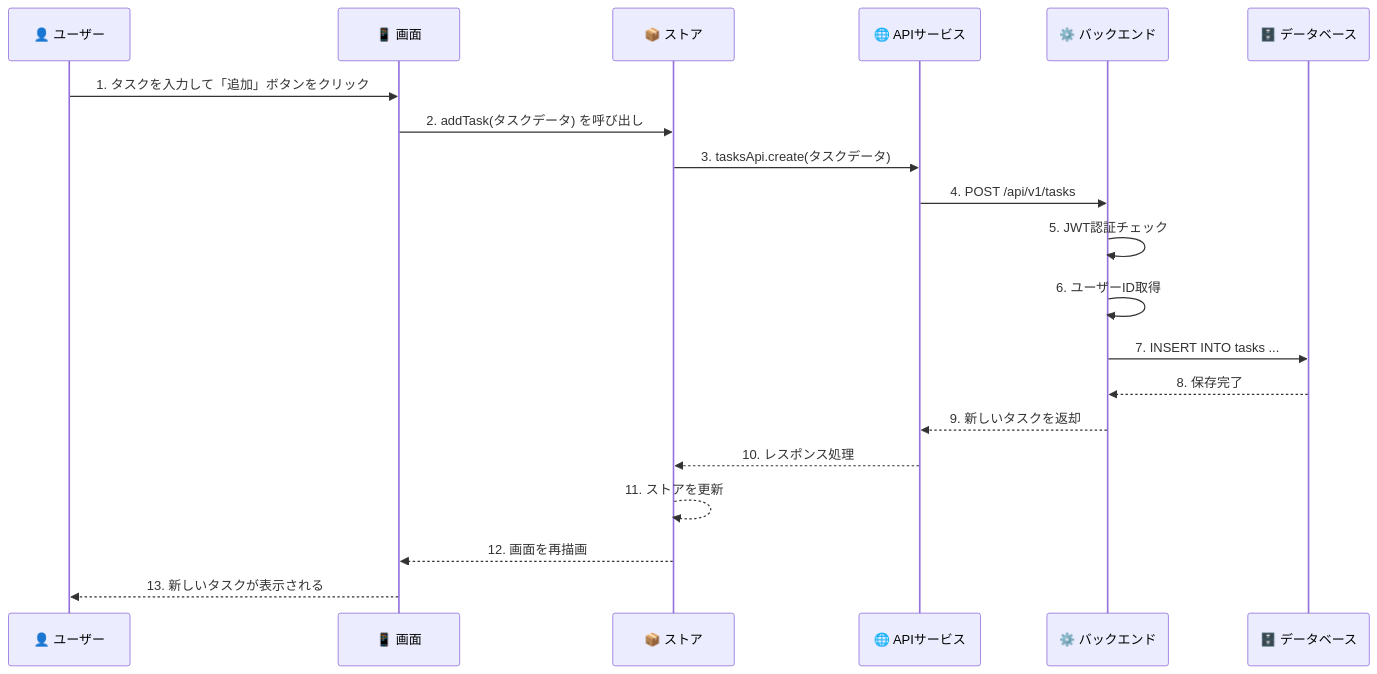
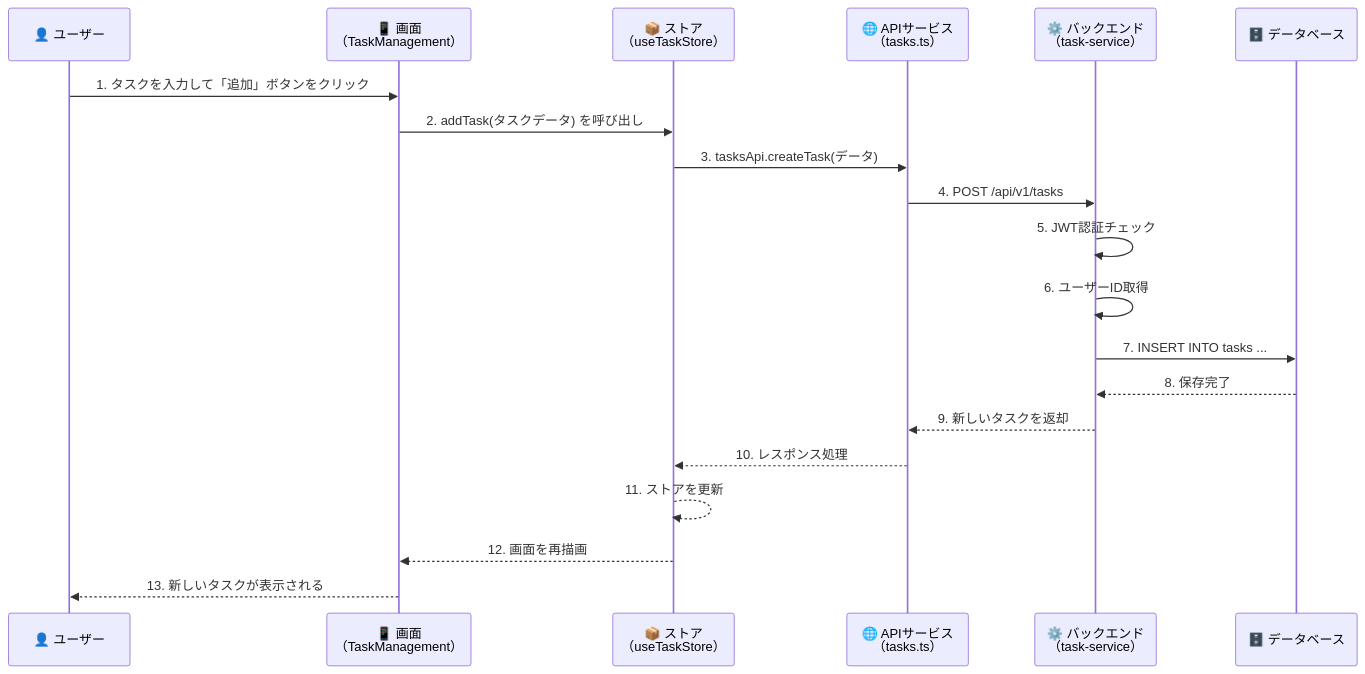
Before and after one commit to yu-min3/kensan: the seventh of 15 diagrams in mydocs/architecture_guide_for_beginners.md, drawn with Mermaid. The commit also changed other lines of this file and 85 other files, not shown here.

````diff
--- a/mydocs/architecture_guide_for_beginners.md
+++ b/mydocs/architecture_guide_for_beginners.md
@@ -277,23 +367,23 @@
 ```mermaid
 sequenceDiagram
     participant U as 👤 ユーザー
-    participant P as 📱 画面
-    participant ST as 📦 ストア
-    participant API as 🌐 APIサービス
-    participant BE as ⚙️ バックエンド
+    participant P as 📱 画面<br/>（TaskManagement）
+    participant ST as 📦 ストア<br/>（useTaskStore）
+    participant API as 🌐 APIサービス<br/>（tasks.ts）
+    participant BE as ⚙️ バックエンド<br/>（task-service）
     participant DB as 🗄️ データベース
 
     U->>P: 1. タスクを入力して「追加」ボタンをクリック
     P->>ST: 2. addTask(タスクデータ) を呼び出し
-    ST->>API: 3. tasksApi.create(タスクデータ)
+    ST->>API: 3. tasksApi.createTask(データ)
     API->>BE: 4. POST /api/v1/tasks
     BE->>BE: 5. JWT認証チェック
     BE->>BE: 6. ユーザーID取得
     BE->>DB: 7. INSERT INTO tasks ...
     DB-->>BE: 8. 保存完了
     BE-->>API: 9. 新しいタスクを返却
     API-->>ST: 10. レスポンス処理
     ST-->>ST: 11. ストアを更新
     ST-->>P: 12. 画面を再描画
     P-->>U: 13. 新しいタスクが表示される
 ```
````
